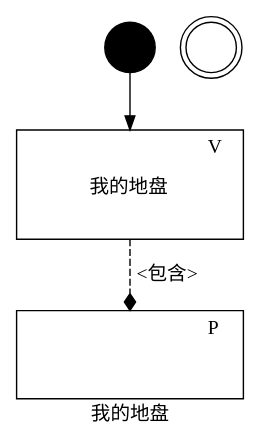
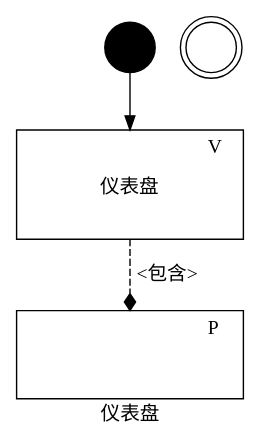
Before and after one commit to zj335841911/nt_chandao: the diagram in ibizpms-docs/src/main/doc/v1/app/mob/func/IbzMyTerritoryMobDashboardView.md, drawn with PlantUML. The commit also changed other lines of this file and 62 other files, not shown here.

```diff
--- a/ibizpms-docs/src/main/doc/v1/app/mob/func/IbzMyTerritoryMobDashboardView.md
+++ b/ibizpms-docs/src/main/doc/v1/app/mob/func/IbzMyTerritoryMobDashboardView.md
@@ -5,42 +5,42 @@
 {% plantuml %}
 
 digraph IbzMyTerritoryMobDashboardView {
 
-label="我的地盘";    
+label="仪表盘";    
 
 #rankdir=LR;
 
 start [shape=circle,size="1,1",label="",style=filled, fillcolor=black]
 end [shape=doublecircle,label=""]
 
 own [shape=none, margin=0,size="6,6", label=<
 <TABLE WIDTH="150" BORDER="1" CELLBORDER="1" >
 <TR>
 <TD WIDTH="115" BORDER="0" COLSPAN="3"></TD><TD WIDTH="35" BORDER="0">V</TD>
 </TR>
 <TR>
-<TD BORDER="0" COLSPAN="4" CELLPADDING="10">我的地盘<BR/><BR/></TD>
+<TD BORDER="0" COLSPAN="4" CELLPADDING="10">仪表盘<BR/><BR/></TD>
 </TR>
 </TABLE>
 >];
 
 part [shape=none, margin=0, label=<
 <TABLE WIDTH="150" BORDER="1" CELLBORDER="1" >
 <TR>
 <TD WIDTH="115" BORDER="0" COLSPAN="3"></TD><TD WIDTH="35" BORDER="0">P</TD> 
 </TR>
 <TR>
 <TD BORDER="0" COLSPAN="4" CELLPADDING="10">
 <BR/></TD>
 </TR>
 </TABLE>
 >];
 
 
 start -> own ;
 own -> part [style=dashed,arrowhead=diamond,label="<包含>"] ;
 
 
 }
 
 {% endplantuml %}
```
